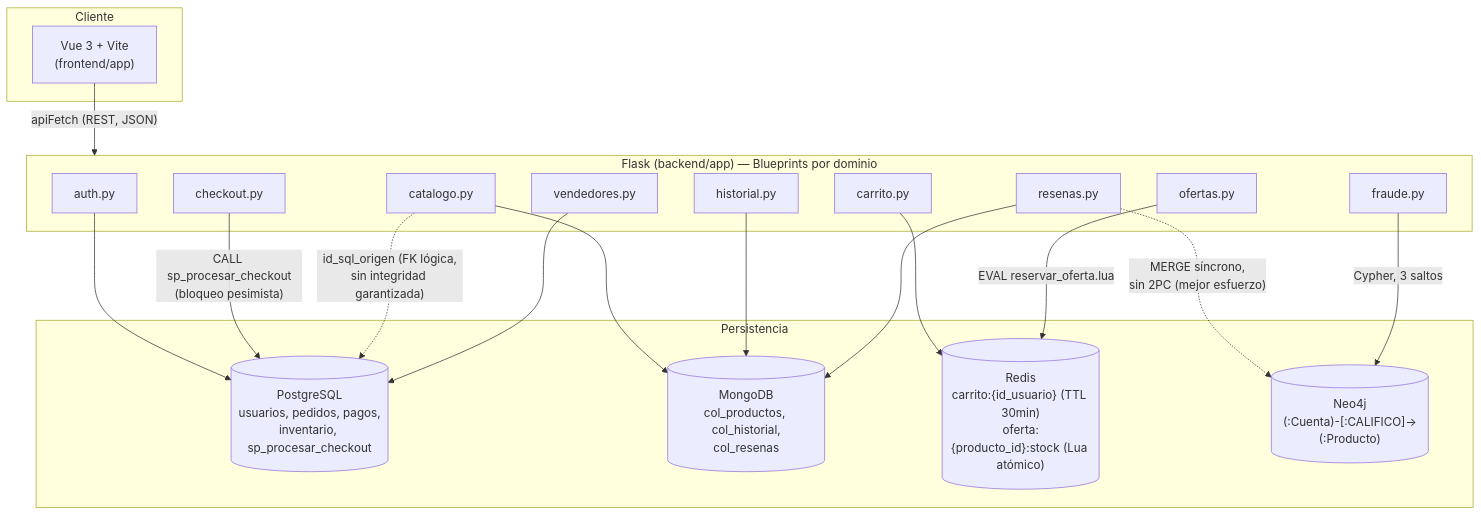
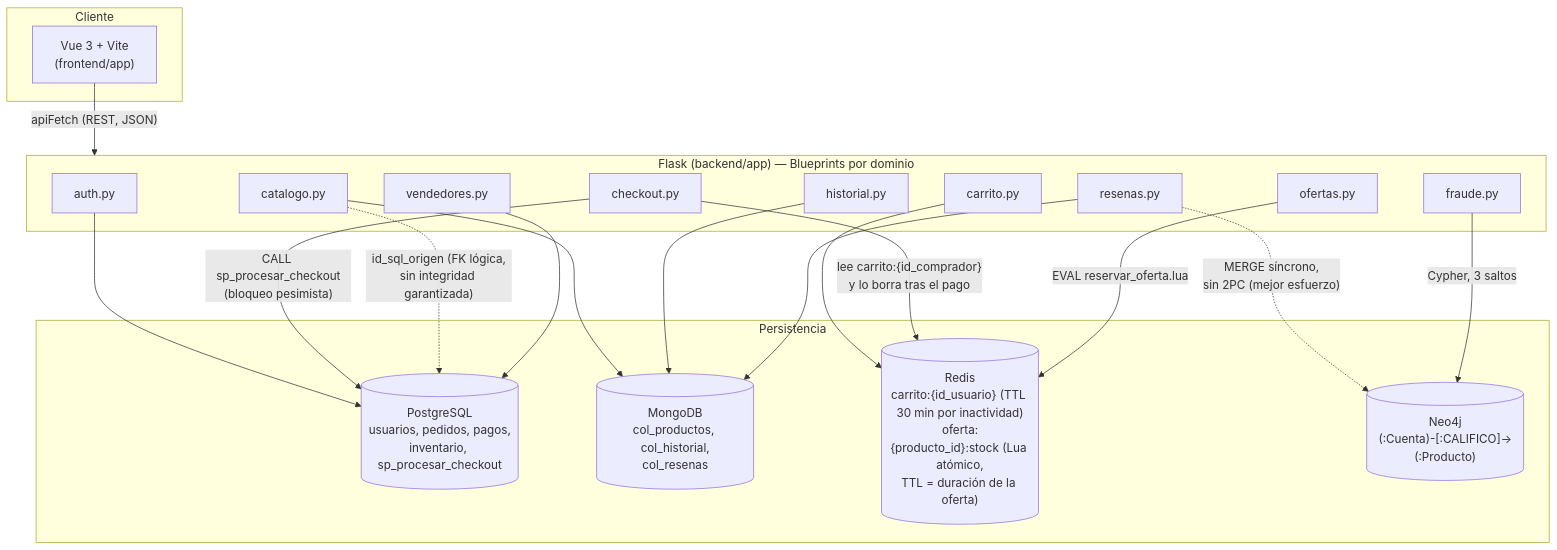
Before and after one commit to Fatiunis/proyectoBD2.0: the diagram in docs/arquitectura.md, drawn with Mermaid. The commit also changed other lines of this file and 17 other files, not shown here.

````diff
--- a/docs/arquitectura.md
+++ b/docs/arquitectura.md
@@ -7,39 +7,40 @@
 ```mermaid
 flowchart TB
     subgraph Cliente
         Vue["Vue 3 + Vite\n(frontend/app)"]
     end
 
     subgraph Backend["Flask (backend/app) — Blueprints por dominio"]
         Auth[auth.py]
         Checkout[checkout.py]
         Catalogo[catalogo.py]
         Historial[historial.py]
         Vendedores[vendedores.py]
         Carrito[carrito.py]
         Ofertas[ofertas.py]
         Resenas[resenas.py]
         Fraude[fraude.py]
     end
 
     subgraph Persistencia
         PG[("PostgreSQL\nusuarios, pedidos, pagos,\ninventario, sp_procesar_checkout")]
         Mongo[("MongoDB\ncol_productos, col_historial,\ncol_resenas")]
-        Redis[("Redis\ncarrito:{id_usuario} (TTL 30min)\noferta:{producto_id}:stock (Lua atómico)")]
+        Redis[("Redis\ncarrito:{id_usuario} (TTL 30 min por inactividad)\noferta:{producto_id}:stock (Lua atómico,\nTTL = duración de la oferta)")]
         Neo4j[("Neo4j\n(:Cuenta)-[:CALIFICO]->(:Producto)")]
     end
 
     Vue -- "apiFetch (REST, JSON)" --> Backend
 
     Auth --> PG
     Checkout -- "CALL sp_procesar_checkout\n(bloqueo pesimista)" --> PG
     Catalogo --> Mongo
     Catalogo -. "id_sql_origen (FK lógica,\nsin integridad garantizada)" .-> PG
     Historial --> Mongo
     Vendedores --> PG
     Carrito --> Redis
+    Checkout -- "lee carrito:{id_comprador}\ny lo borra tras el pago" --> Redis
     Ofertas -- "EVAL reservar_oferta.lua" --> Redis
     Resenas --> Mongo
     Resenas -. "MERGE síncrono,\nsin 2PC (mejor esfuerzo)" .-> Neo4j
     Fraude -- "Cypher, 3 saltos" --> Neo4j
 ```
````
